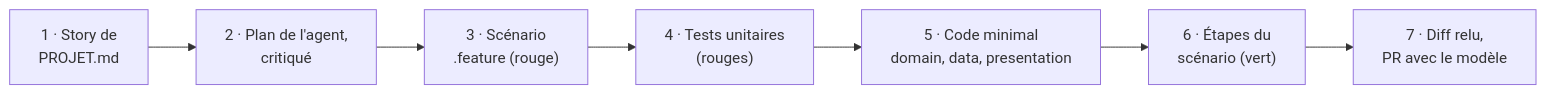
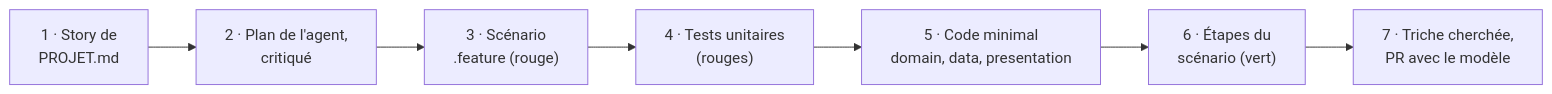
The diagram in cours/supports/day-3/02-premiere-user-story.md (b-fontaine/master-1-iti-dev), drawn with Mermaid before and after one commit. The commit also changed other lines of this file and 30 other files, not shown here.

````diff
--- a/cours/supports/day-3/02-premiere-user-story.md
+++ b/cours/supports/day-3/02-premiere-user-story.md
@@ -26,9 +26,9 @@
 ```mermaid
 flowchart LR
     A["1 · Story de<br>PROJET.md"] --> B["2 · Plan de l'agent,<br>critiqué"]
     B --> C["3 · Scénario<br>.feature (rouge)"]
     C --> D["4 · Tests unitaires<br>(rouges)"]
     D --> E["5 · Code minimal<br>domain, data, presentation"]
     E --> F["6 · Étapes du<br>scénario (vert)"]
-    F --> G["7 · Diff relu,<br>PR avec le modèle"]
+    F --> G["7 · Triche cherchée,<br>PR avec le modèle"]
 ```
````
